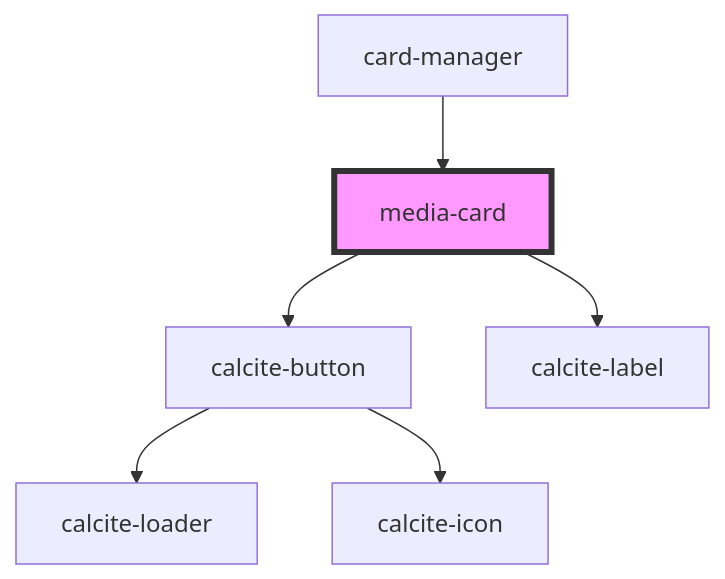
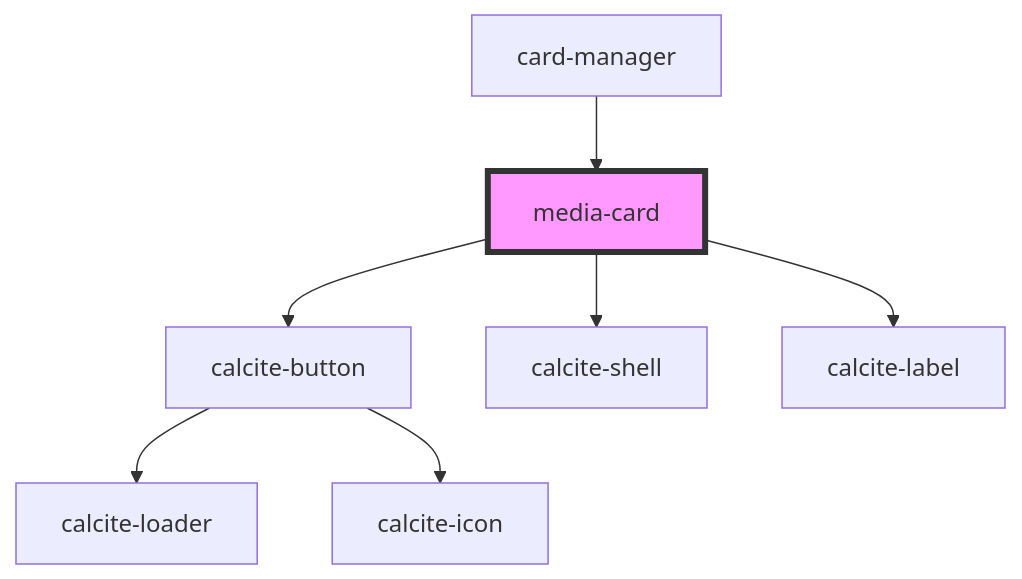
The diagram in src/components/media-card/readme.md (Esri/solutions-components), drawn with Mermaid before and after one commit. The commit also changed other lines of this file and 7 other files, not shown here.

````diff
--- a/src/components/media-card/readme.md
+++ b/src/components/media-card/readme.md
@@ -27,9 +28,10 @@
 ```mermaid
 graph TD;
   media-card --> calcite-button
+  media-card --> calcite-shell
   media-card --> calcite-label
   calcite-button --> calcite-loader
   calcite-button --> calcite-icon
   card-manager --> media-card
   style media-card fill:#f9f,stroke:#333,stroke-width:4px
 ```
````
